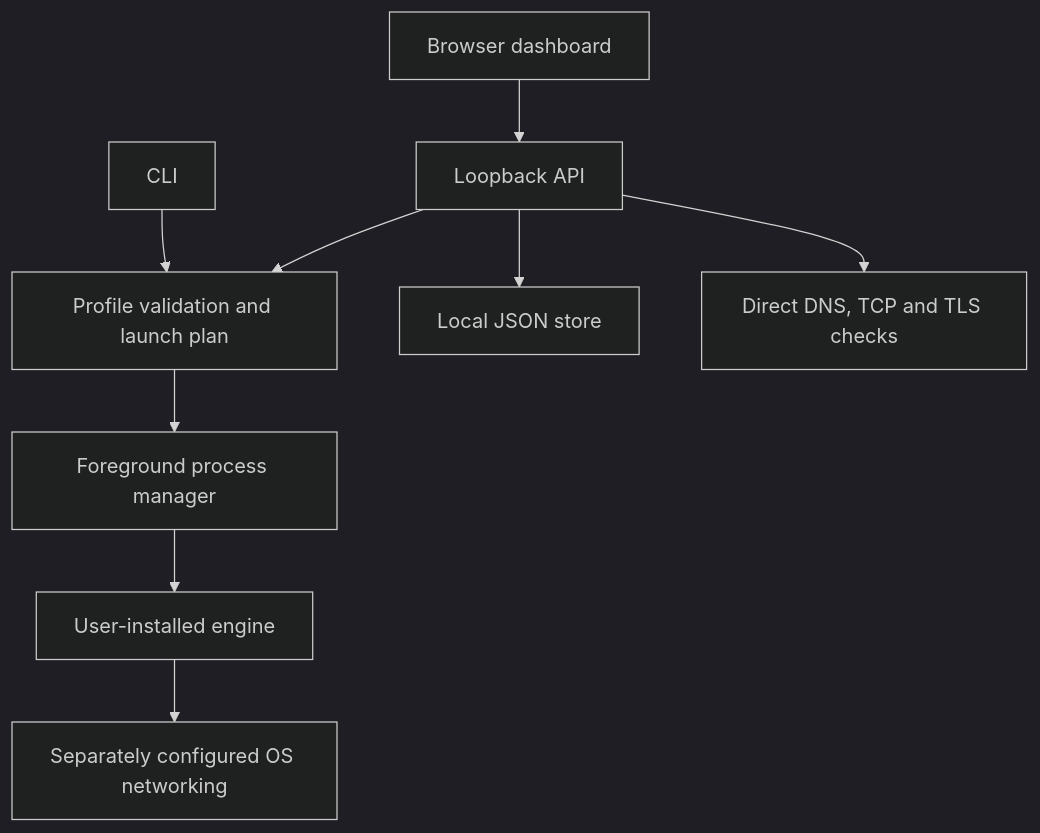
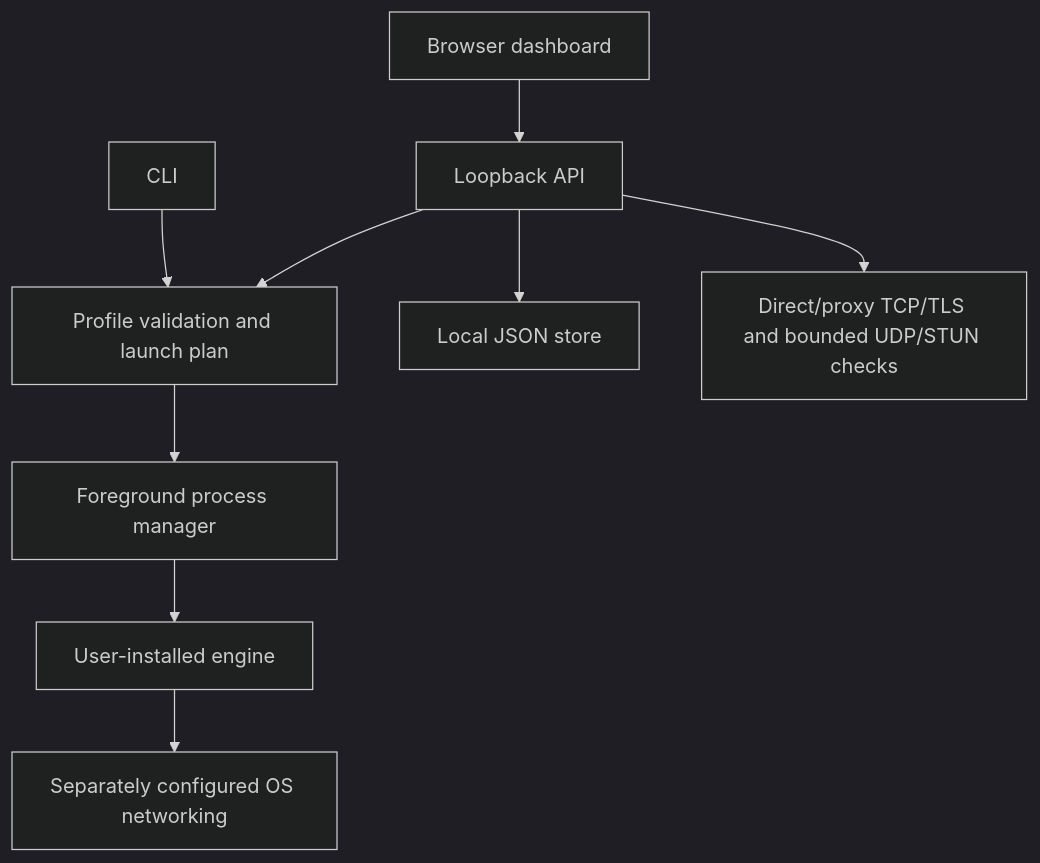
Before and after one commit to Yunushan/accessweaver: the diagram in docs/ARCHITECTURE.md, drawn with Mermaid (dark theme). The commit also changed other lines of this file and 5 other files, not shown here.

Commit message:
Align desktop architecture and acceptance guidance with implemented controls

````diff
--- a/docs/ARCHITECTURE.md
+++ b/docs/ARCHITECTURE.md
@@ -5,11 +5,11 @@
 ```mermaid
 flowchart TD
   UI["Browser dashboard"] --> API["Loopback API"]
   CLI["CLI"] --> PLAN["Profile validation and launch plan"]
   API --> PLAN
   API --> STORE["Local JSON store"]
-  API --> DIAG["Direct DNS, TCP and TLS checks"]
+  API --> DIAG["Direct/proxy TCP/TLS and bounded UDP/STUN checks"]
   PLAN --> MANAGER["Foreground process manager"]
   MANAGER --> ENGINE["User-installed engine"]
   ENGINE --> OS["Separately configured OS networking"]
 ```
````
